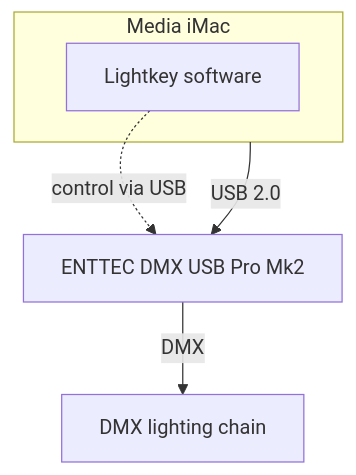
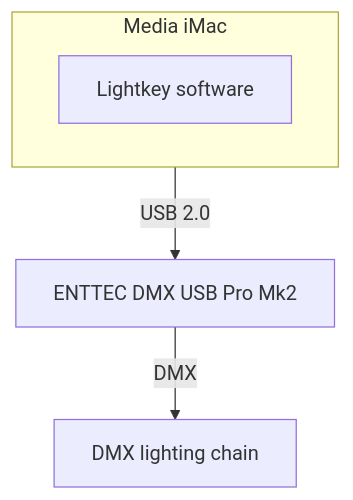
One commit to nmummau/mjmc-tech-docs changed the diagram in docs/lighting.md. Above: the diagram before and after it, drawn with Mermaid.

Commit message:
docs: simplify lighting usb connection

````diff
--- a/docs/lighting.md
+++ b/docs/lighting.md
@@ -3,12 +3,11 @@
 ```mermaid
 flowchart TB
     subgraph MI[Media iMac]
         LIGHTKEY[Lightkey software]
     end
     ENTTEC[ENTTEC DMX USB Pro Mk2]
     DMXCHAIN[DMX lighting chain]
 
     MI -->|USB 2.0| ENTTEC
     ENTTEC -->|DMX| DMXCHAIN
-    LIGHTKEY -.control via USB.-> ENTTEC
 ```
````
